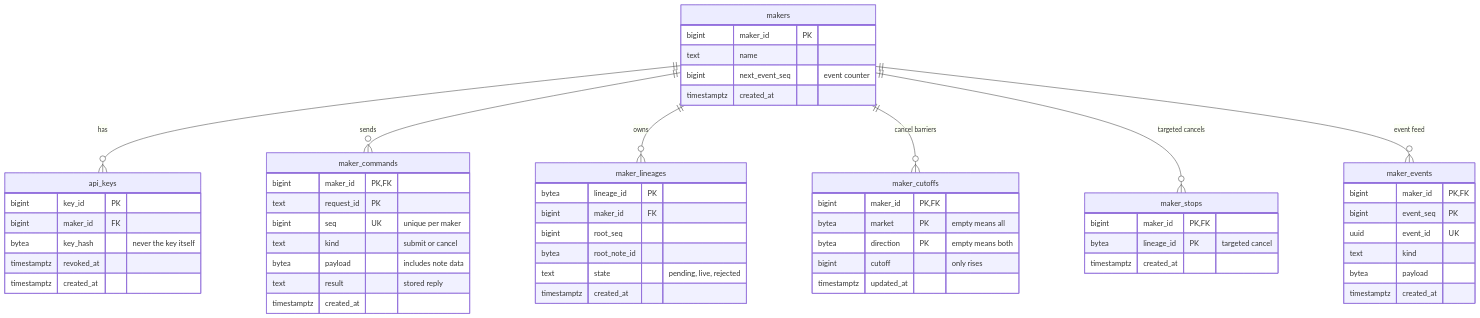
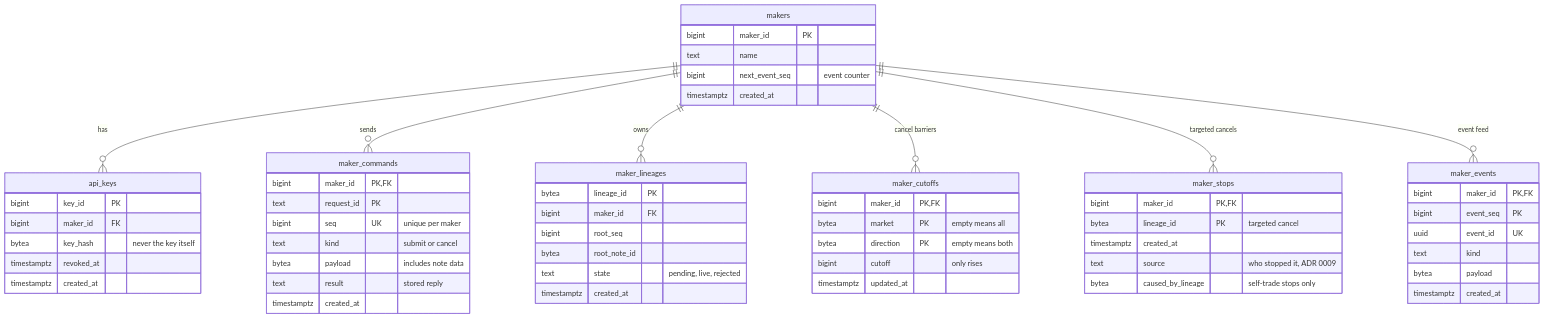
Before and after one commit to inicio-labs/solver: the third of 3 diagrams in docs/adr/0003-market-maker-v1-gateway.md, drawn with Mermaid. The commit also changed 9 other files, not shown here.

First line of the commit message:
Docs: self-trade prevention at submit (ADR 0009)

````diff
--- a/docs/adr/0003-market-maker-v1-gateway.md
+++ b/docs/adr/0003-market-maker-v1-gateway.md
@@ -319,59 +319,61 @@
 ```mermaid
 erDiagram
   makers {
     bigint maker_id PK
     text name
     bigint next_event_seq "event counter"
     timestamptz created_at
   }
   api_keys {
     bigint key_id PK
     bigint maker_id FK
     bytea key_hash "never the key itself"
     timestamptz revoked_at
     timestamptz created_at
   }
   maker_commands {
     bigint maker_id PK, FK
     text request_id PK
     bigint seq UK "unique per maker"
     text kind "submit or cancel"
     bytea payload "includes note data"
     text result "stored reply"
     timestamptz created_at
   }
   maker_lineages {
     bytea lineage_id PK
     bigint maker_id FK
     bigint root_seq
     bytea root_note_id
     text state "pending, live, rejected"
     timestamptz created_at
   }
   maker_cutoffs {
     bigint maker_id PK, FK
     bytea market PK "empty means all"
     bytea direction PK "empty means both"
     bigint cutoff "only rises"
     timestamptz updated_at
   }
   maker_stops {
     bigint maker_id PK, FK
     bytea lineage_id PK "targeted cancel"
     timestamptz created_at
+    text source "who stopped it, ADR 0009"
+    bytea caused_by_lineage "self-trade stops only"
   }
   maker_events {
     bigint maker_id PK, FK
     bigint event_seq PK
     uuid event_id UK
     text kind
     bytea payload
     timestamptz created_at
   }
   makers ||--o{ api_keys : has
   makers ||--o{ maker_commands : sends
   makers ||--o{ maker_lineages : owns
   makers ||--o{ maker_cutoffs : "cancel barriers"
   makers ||--o{ maker_stops : "targeted cancels"
   makers ||--o{ maker_events : "event feed"
 ```
````
